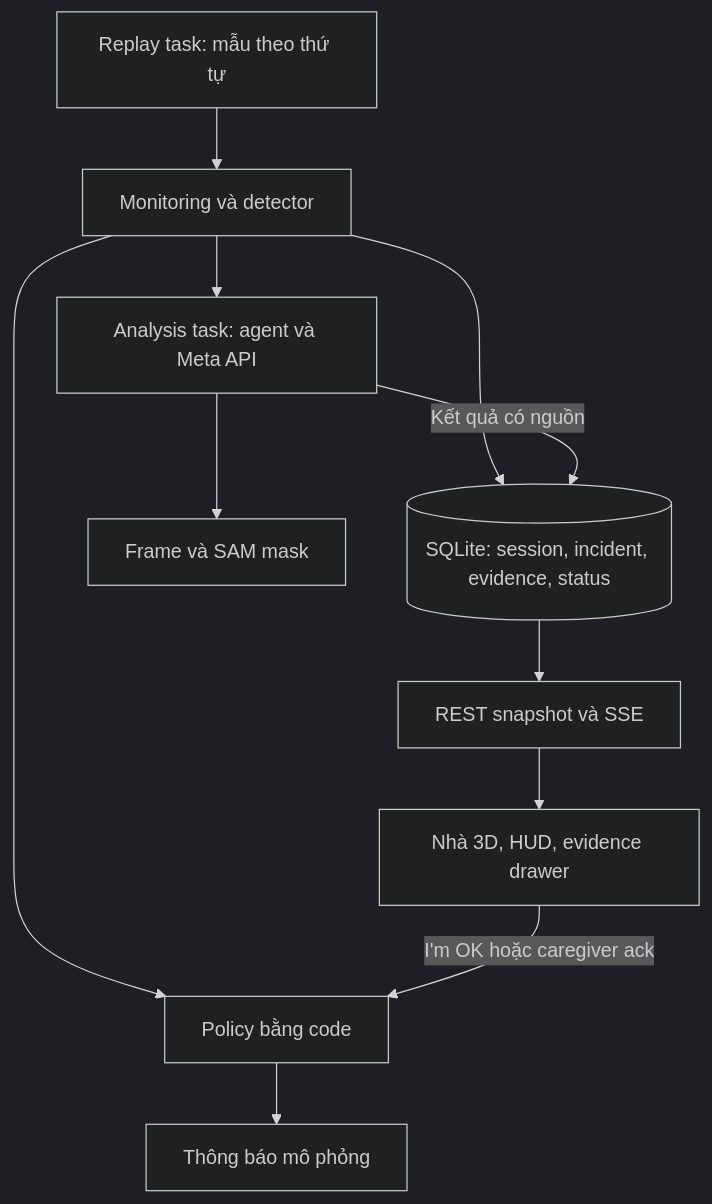
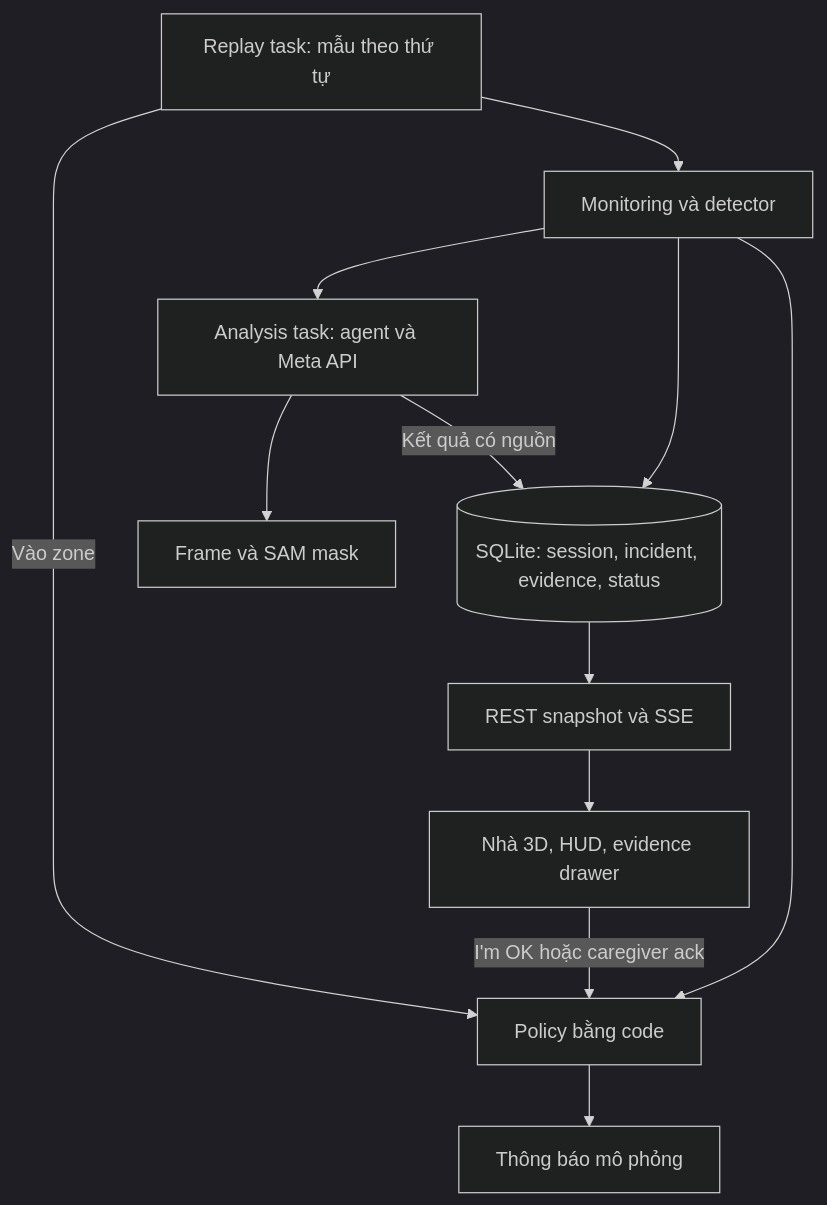
Before and after one commit to viethoang2503/meta-hackathon-vesticare: the diagram in docs/spatial/ARCHITECTURE.md, drawn with Mermaid (dark theme). The commit also changed other lines of this file and 5 other files, not shown here.

````diff
--- a/docs/spatial/ARCHITECTURE.md
+++ b/docs/spatial/ARCHITECTURE.md
@@ -30,13 +30,14 @@
 ```mermaid
 flowchart TD
     R[Replay task: mẫu theo thứ tự] --> M[Monitoring và detector]
     M --> D[(SQLite: session, incident, evidence, status)]
     M --> P[Policy bằng code]
     P --> S[Thông báo mô phỏng]
     M --> A[Analysis task: agent và Meta API]
     A --> E[Frame và SAM mask]
     A -->|Kết quả có nguồn| D
     D --> API[REST snapshot và SSE]
     API --> UI[Nhà 3D, HUD, evidence drawer]
     UI -->|I'm OK hoặc caregiver ack| P
+    R -->|Vào zone| P
 ```
````
